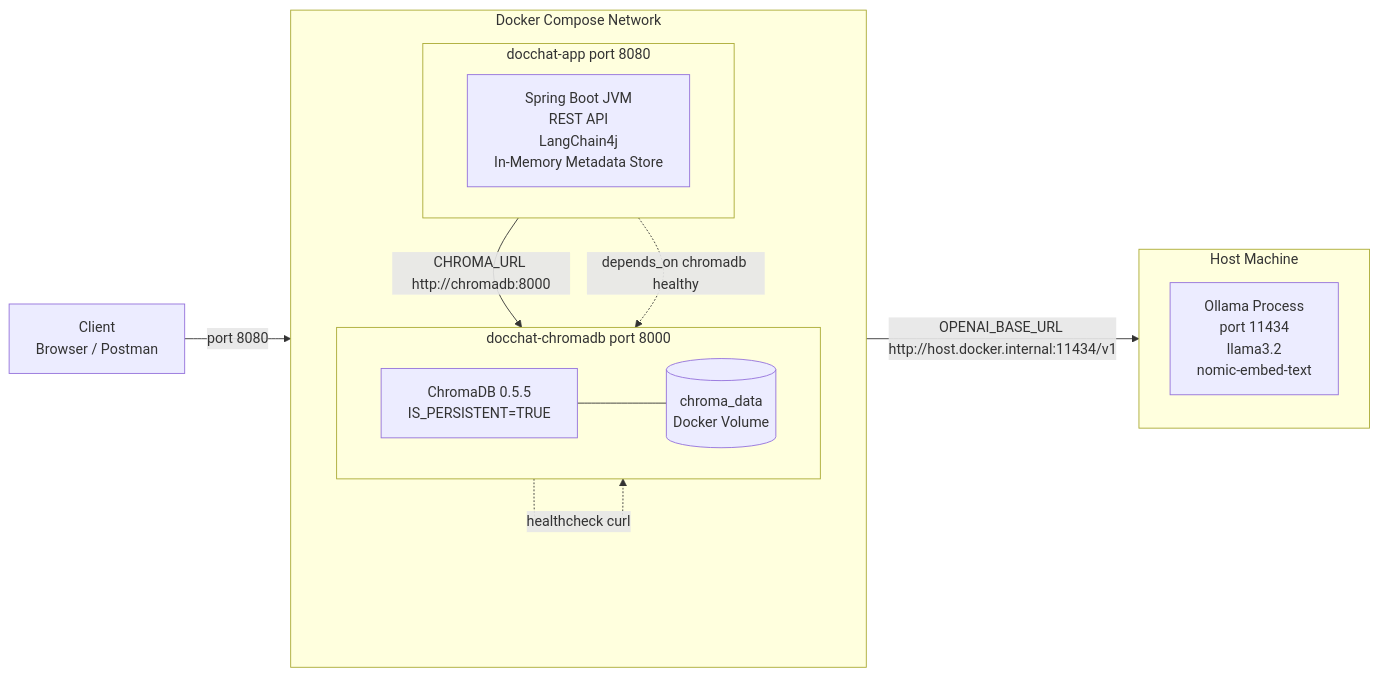
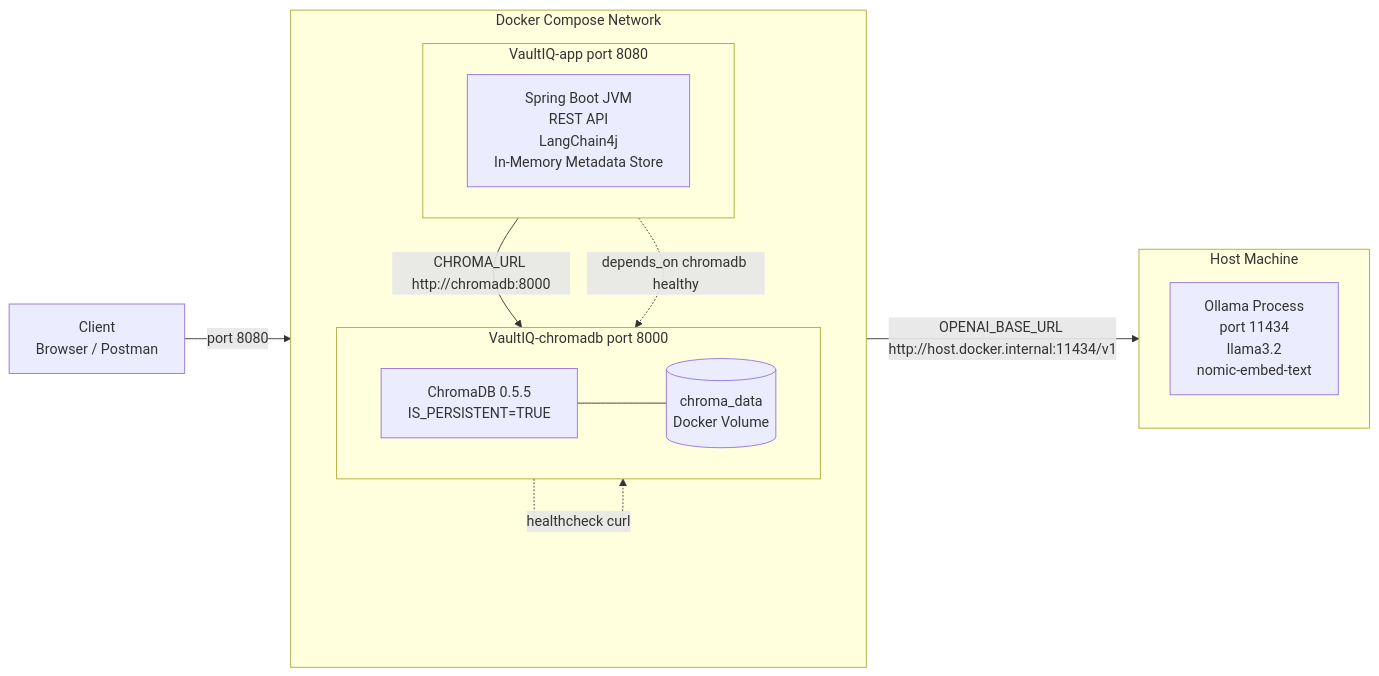
The third of 3 diagrams in README.md (arajitsamanta/VaultIQ), drawn with Mermaid before and after one commit. The commit also changed other lines of this file and 11 other files, not shown here.

````diff
--- a/README.md
+++ b/README.md
@@ -182,24 +195,24 @@
 ```mermaid
 flowchart LR
     subgraph Host["Host Machine"]
         Ollama["Ollama Process\nport 11434\nllama3.2\nnomic-embed-text"]
     end
 
     subgraph DockerNet["Docker Compose Network"]
         direction TB
-        subgraph AppCont["docchat-app port 8080"]
+        subgraph AppCont["VaultIQ-app port 8080"]
             JVM["Spring Boot JVM\nREST API\nLangChain4j\nIn-Memory Metadata Store"]
         end
-        subgraph ChromaCont["docchat-chromadb port 8000"]
+        subgraph ChromaCont["VaultIQ-chromadb port 8000"]
             ChromaProc["ChromaDB 0.5.5\nIS_PERSISTENT=TRUE"]
             Vol[("chroma_data\nDocker Volume")]
             ChromaProc --- Vol
         end
         AppCont -->|"CHROMA_URL http://chromadb:8000"| ChromaCont
         ChromaCont -.->|healthcheck curl| ChromaCont
         AppCont -.->|"depends_on chromadb healthy"| ChromaCont
     end
 
     AppCont -->|"OPENAI_BASE_URL http://host.docker.internal:11434/v1"| Host
     Client["Client\nBrowser / Postman"] -->|"port 8080"| AppCont
 ```
````
